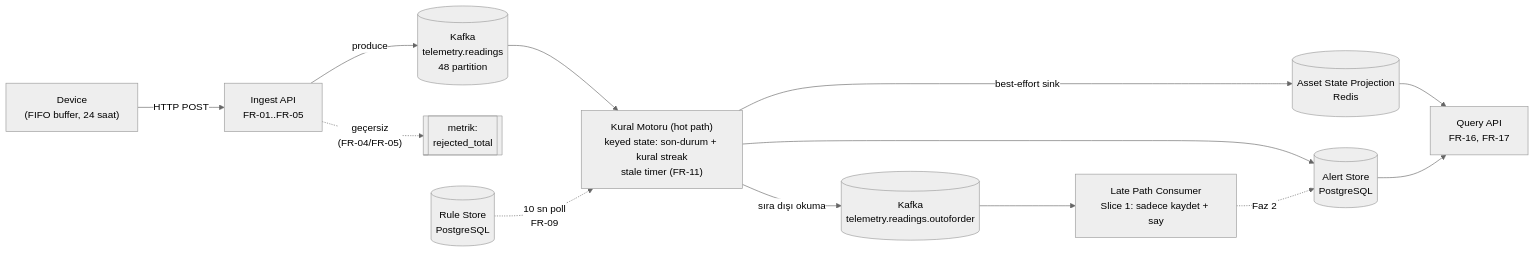
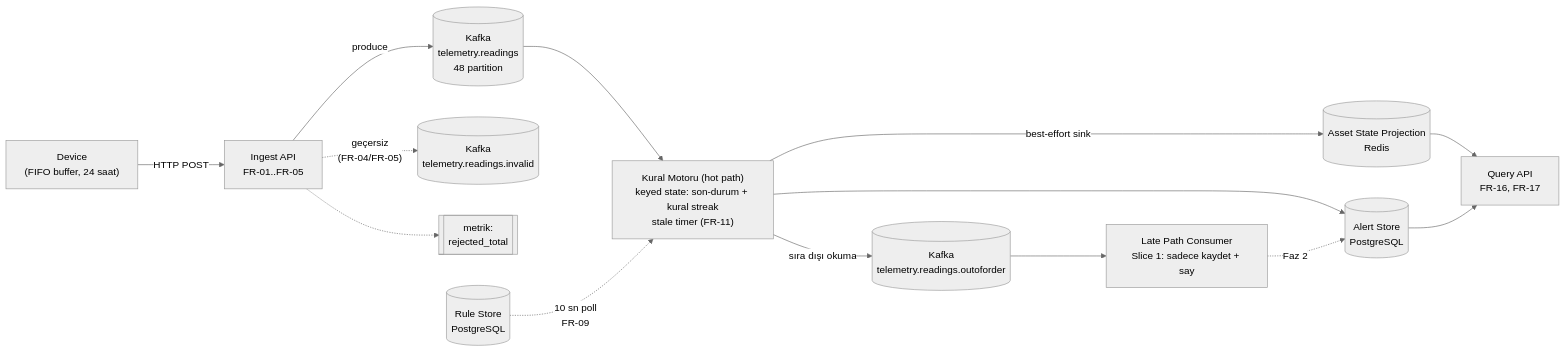
The diagram in docs/04-design/hld.md (faruktur/ColdLog), drawn with Mermaid (neutral theme) before and after one commit. The commit also changed other lines of this file and 4 other files, not shown here.

````diff
--- a/docs/04-design/hld.md
+++ b/docs/04-design/hld.md
@@ -13,18 +13,19 @@
 ```mermaid
 flowchart LR
     D["Device<br/>(FIFO buffer, 24 saat)"] -->|HTTP POST| I["Ingest API<br/>FR-01..FR-05"]
     I -->|produce| K[("Kafka<br/>telemetry.readings<br/>48 partition")]
-    I -.->|"geçersiz<br/>(FR-04/FR-05)"| M1[["metrik:<br/>rejected_total"]]
+    I -.->|"geçersiz<br/>(FR-04/FR-05)"| V[("Kafka<br/>telemetry.readings.invalid")]
+    I -.-> M1[["metrik:<br/>rejected_total"]]
 
     K --> H["Kural Motoru (hot path)<br/>keyed state: son-durum + kural streak<br/>stale timer (FR-11)"]
     H --> A[("Alert Store<br/>PostgreSQL")]
     H -->|"best-effort sink"| S[("Asset State Projection<br/>Redis")]
     H -->|"sıra dışı okuma"| L[("Kafka<br/>telemetry.readings.outoforder")]
 
     L --> O["Late Path Consumer<br/>Slice 1: sadece kaydet + say"]
     O -.->|Faz 2| A
 
     R[("Rule Store<br/>PostgreSQL")] -.->|"10 sn poll<br/>FR-09"| H
     S --> Q["Query API<br/>FR-16, FR-17"]
     A --> Q
 ```
````
